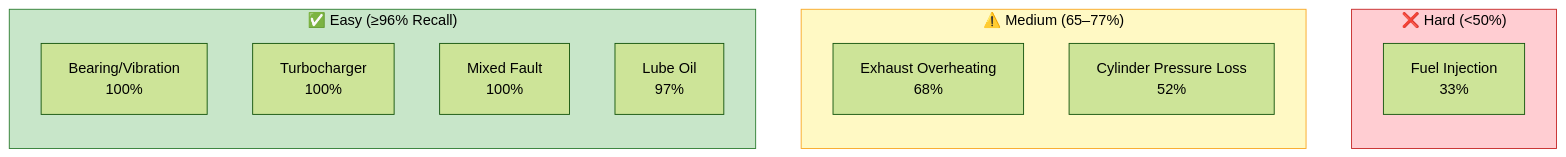
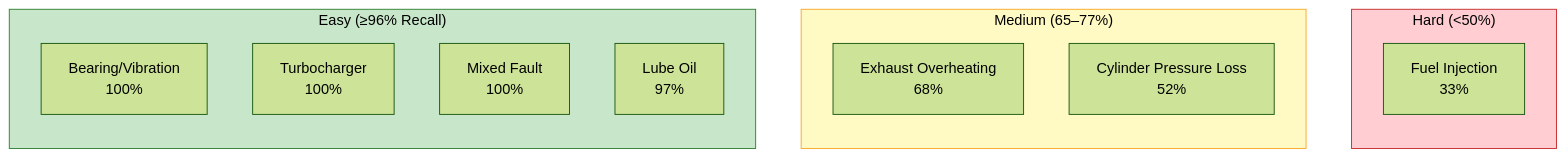
The sixth of 7 diagrams in README.md (MrNahadi/New-AIMS), drawn with Mermaid (forest theme) before and after one commit. The commit also changed other lines of this file and 1 other file, not shown here.

````diff
--- a/README.md
+++ b/README.md
@@ -171,22 +171,22 @@
 ```mermaid
 graph LR
-    subgraph Easy["✅ Easy (≥96% Recall)"]
+    subgraph Easy["Easy (≥96% Recall)"]
         E1["Bearing/Vibration\n100%"]
         E2["Turbocharger\n100%"]
         E3["Mixed Fault\n100%"]
         E4["Lube Oil\n97%"]
     end
-    subgraph Medium["⚠️ Medium (65–77%)"]
+    subgraph Medium["Medium (65–77%)"]
         M1["Exhaust Overheating\n68%"]
         M2["Cylinder Pressure Loss\n52%"]
     end
-    subgraph Hard["❌ Hard (<50%)"]
+    subgraph Hard["Hard (<50%)"]
         H1["Fuel Injection\n33%"]
     end
 
     Easy ~~~ Medium ~~~ Hard
 
     style Easy fill:#c8e6c9,stroke:#2e7d32,color:#000
     style Medium fill:#fff9c4,stroke:#f9a825,color:#000
     style Hard fill:#ffcdd2,stroke:#c62828,color:#000
 ```
````
